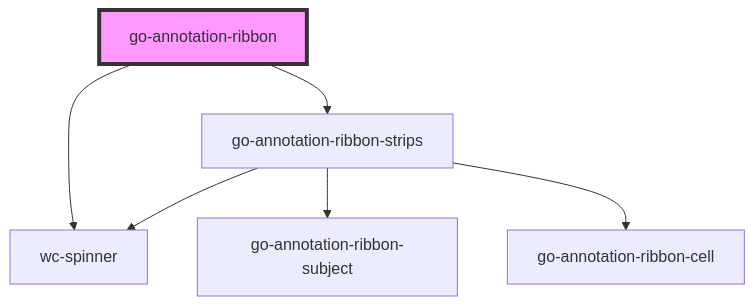
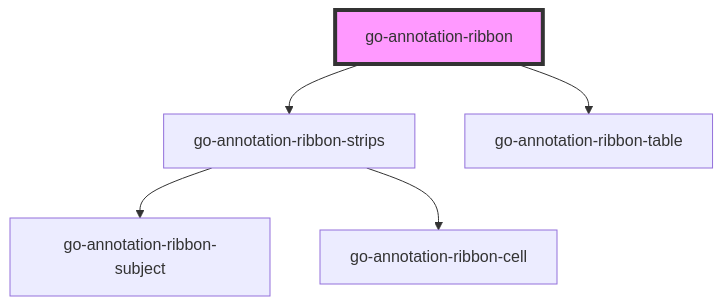
Before and after one commit to geneontology/web-components: the diagram in src/components/annotation-ribbon/readme.md, drawn with Mermaid. The commit also changed other lines of this file and 12 other files, not shown here.

````diff
--- a/src/components/annotation-ribbon/readme.md
+++ b/src/components/annotation-ribbon/readme.md
@@ -54,9 +54,8 @@
 ```mermaid
 graph TD;
   go-annotation-ribbon --> go-annotation-ribbon-strips
-  go-annotation-ribbon --> wc-spinner
-  go-annotation-ribbon-strips --> wc-spinner
+  go-annotation-ribbon --> go-annotation-ribbon-table
   go-annotation-ribbon-strips --> go-annotation-ribbon-subject
   go-annotation-ribbon-strips --> go-annotation-ribbon-cell
   style go-annotation-ribbon fill:#f9f,stroke:#333,stroke-width:4px
 ```
````
